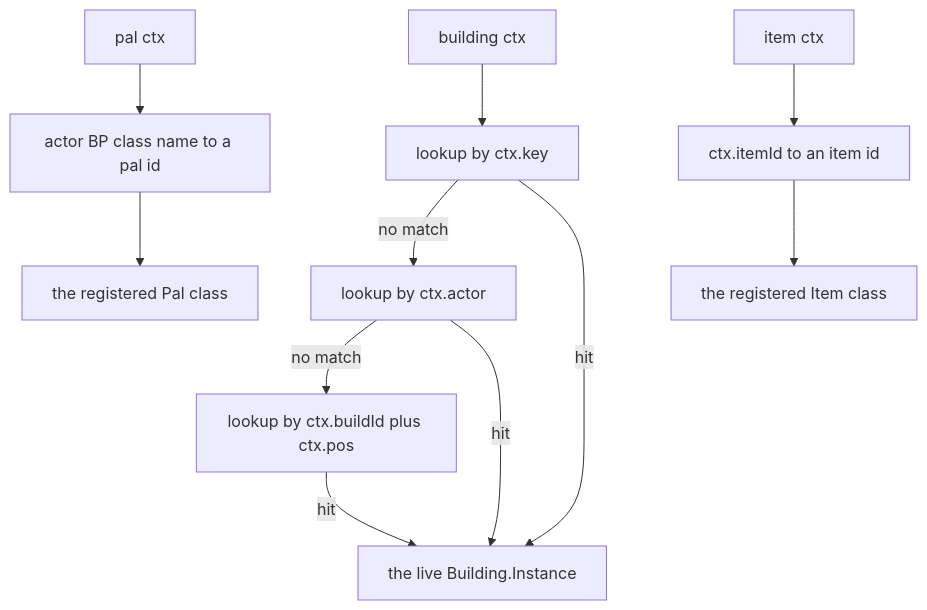
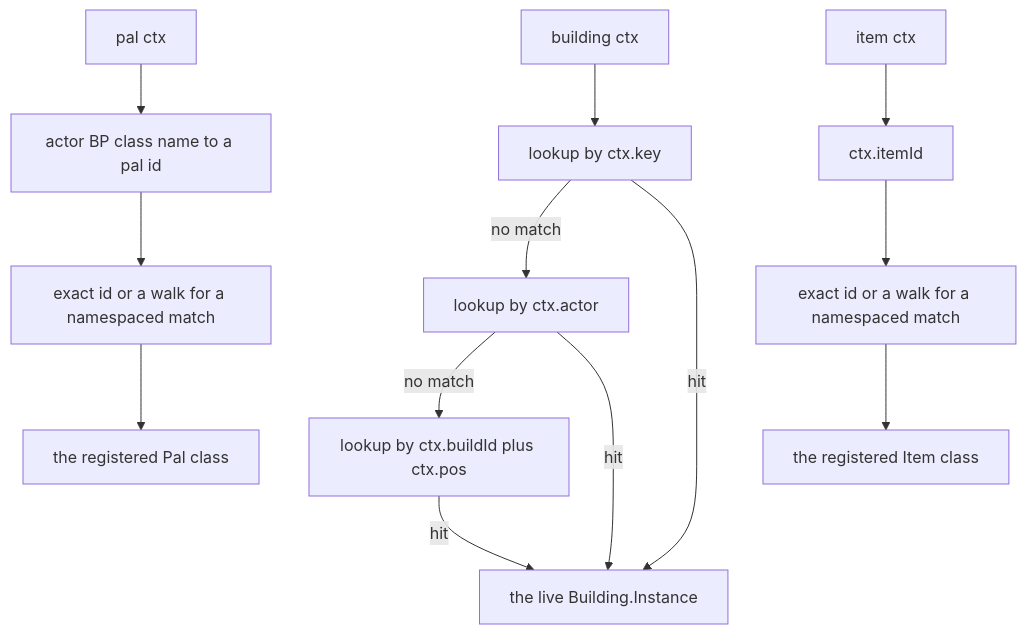
The third of 8 diagrams in docs/content/docs/concepts/lifecycle.ja.mdx (dr-mikan/PalForge), drawn with Mermaid before and after one commit. The commit also changed other lines of this file and 84 other files, not shown here.

````diff
--- a/docs/content/docs/concepts/lifecycle.ja.mdx
+++ b/docs/content/docs/concepts/lifecycle.ja.mdx
@@ -71,13 +102,15 @@
 ```mermaid
 flowchart TD
     B["building ctx"] --> B1["lookup by ctx.key"]
     B1 -->|no match| B2["lookup by ctx.actor"]
     B2 -->|no match| B3["lookup by ctx.buildId plus ctx.pos"]
     B1 -->|hit| BI["the live Building.Instance"]
     B2 -->|hit| BI
     B3 -->|hit| BI
     P["pal ctx"] --> P1["actor BP class name to a pal id"]
-    P1 --> PC["the registered Pal class"]
-    I["item ctx"] --> I1["ctx.itemId to an item id"]
-    I1 --> IC["the registered Item class"]
+    P1 --> PX["exact id or a walk for a namespaced match"]
+    PX --> PC["the registered Pal class"]
+    I["item ctx"] --> I1["ctx.itemId"]
+    I1 --> IX["exact id or a walk for a namespaced match"]
+    IX --> IC["the registered Item class"]
 ```
````
